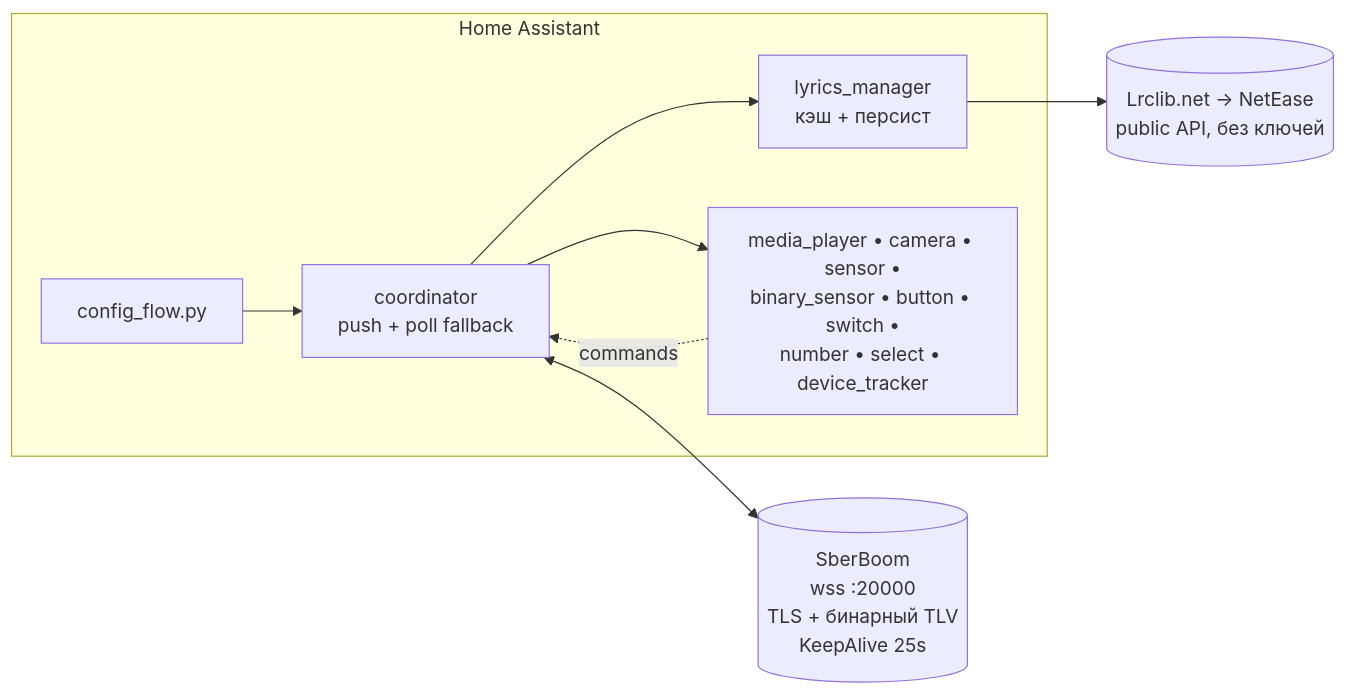
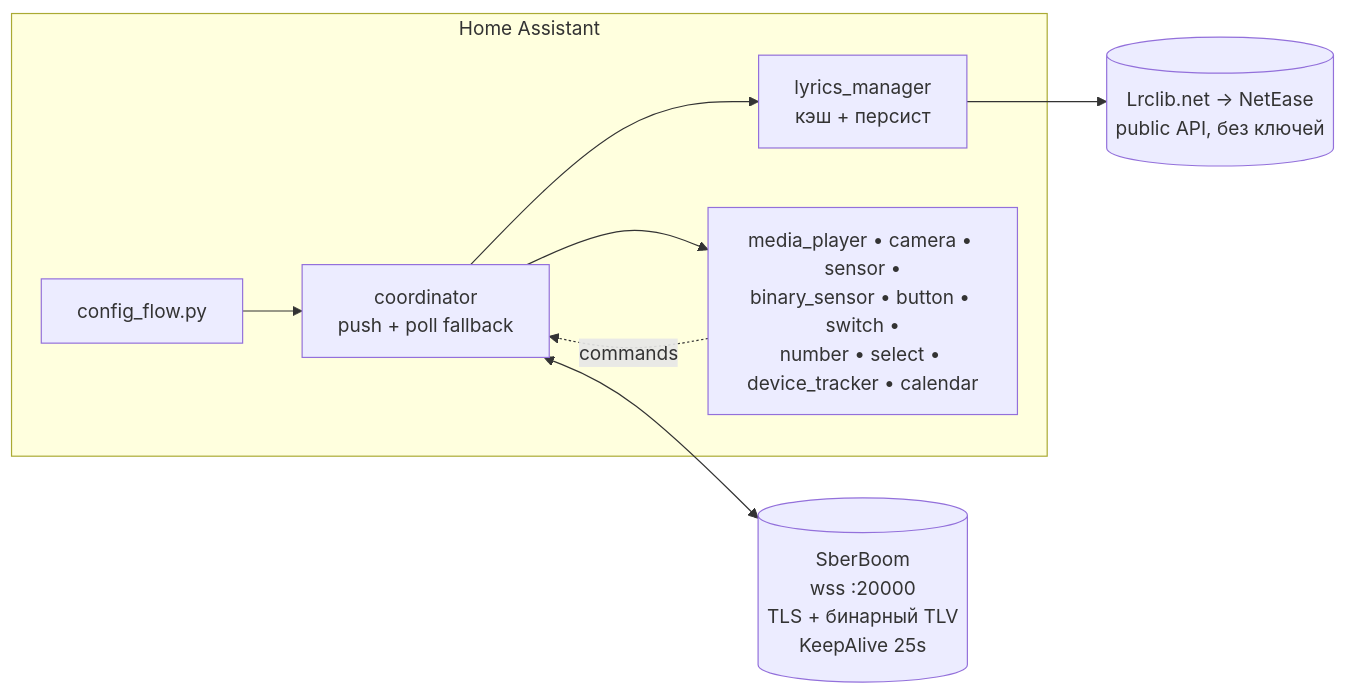
The diagram in README.md (dzerik/sboom_ha), drawn with Mermaid before and after one commit. The commit also changed 2 other files, not shown here.

Commit message:
docs: синхронизация info.md и mermaid под Calendar (0.19.1)
🤖 Generated with [Claude Code](https://claude.com/claude-code)

````diff
--- a/README.md
+++ b/README.md
@@ -348,17 +348,17 @@
 ```mermaid
 flowchart LR
     subgraph HA["Home Assistant"]
         CF[config_flow.py]
         CO["coordinator<br/>push + poll fallback"]
         LM["lyrics_manager<br/>кэш + персист"]
-        ENT["media_player • camera • sensor •<br/>binary_sensor • button • switch •<br/>number • select • device_tracker"]
+        ENT["media_player • camera • sensor •<br/>binary_sensor • button • switch •<br/>number • select • device_tracker • calendar"]
         CF --> CO
         CO --> ENT
         CO --> LM
         ENT -.commands.-> CO
     end
     SPK[(SberBoom<br/>wss :20000<br/>TLS + бинарный TLV<br/>KeepAlive 25s)]
     LRC[(Lrclib.net → NetEase<br/>public API, без ключей)]
     CO <--> SPK
     LM --> LRC
 ```
````
